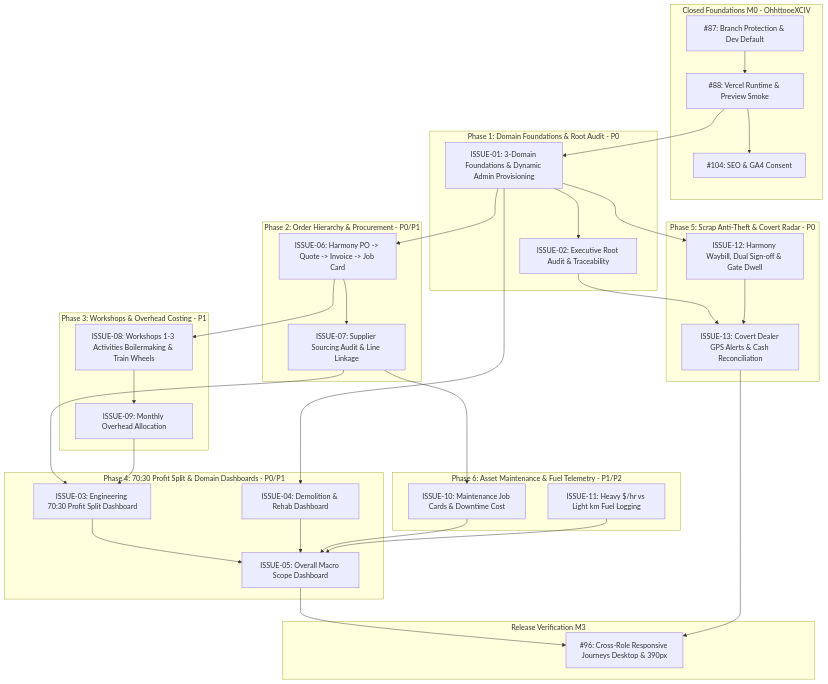
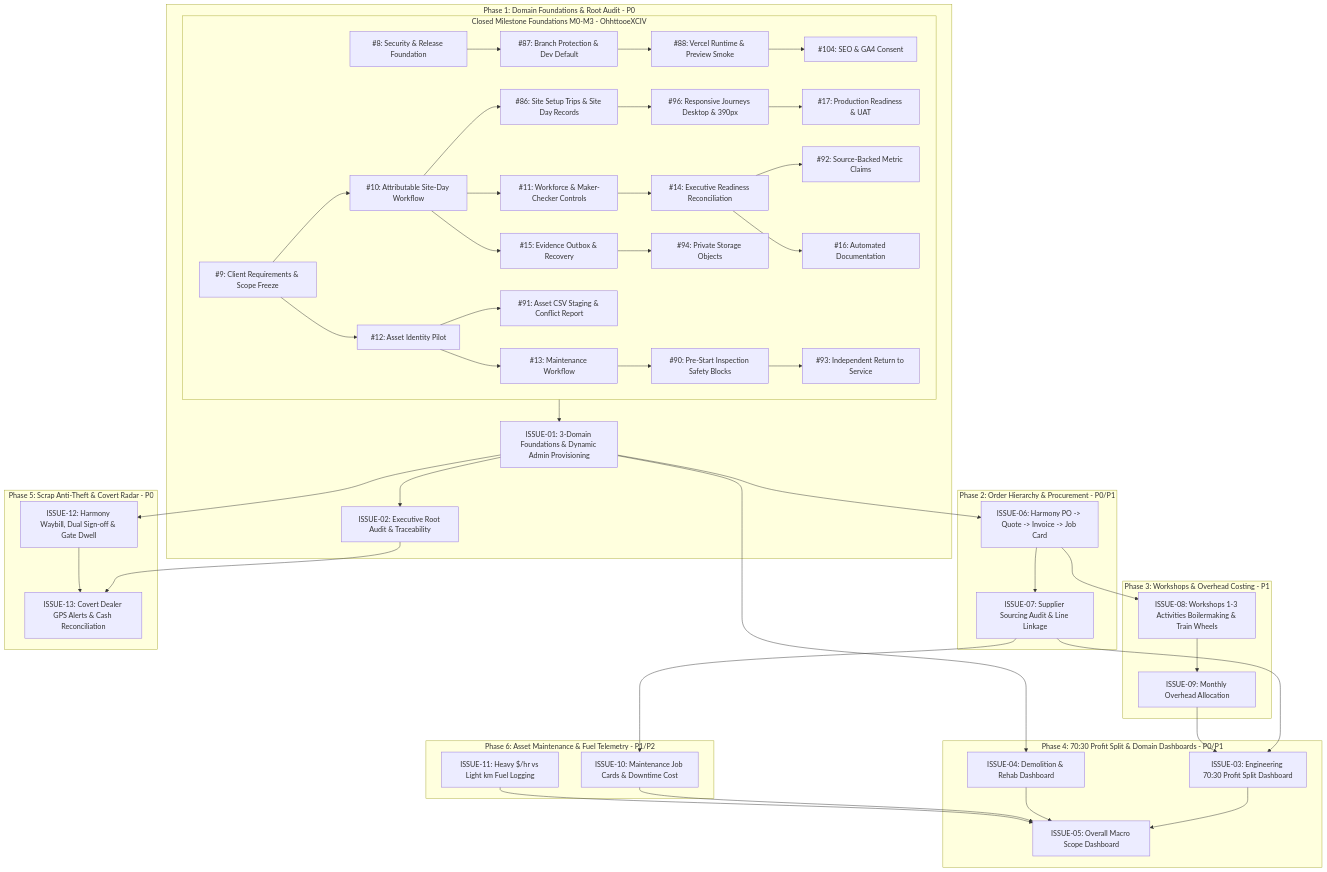
The diagram in docs/github-delivery-backlog.md (Sankofa-Digital-Studio/senatla-ops-internal-automation-solution), drawn with Mermaid before and after one commit. The commit also changed other lines of this file, not shown here.

Commit message:
docs(backlog): mark issues #9-#17, #86, #88, #90-#94, #96, #104 closed with verification evidence

````diff
--- a/docs/github-delivery-backlog.md
+++ b/docs/github-delivery-backlog.md
@@ -74,17 +83,42 @@
 ```mermaid
 flowchart TD
-    subgraph ClosedM0 [Closed Foundations M0 - OhhttooeXCIV]
+    subgraph ClosedFoundations [Closed Milestone Foundations M0-M3 - OhhttooeXCIV]
+        I08[#8: Security & Release Foundation]
         I87[#87: Branch Protection & Dev Default]
         I88[#88: Vercel Runtime & Preview Smoke]
         I104[#104: SEO & GA4 Consent]
-        I87 --> I88
-        I88 --> I104
+        I09[#9: Client Requirements & Scope Freeze]
+        I10[#10: Attributable Site-Day Workflow]
+        I86[#86: Site Setup Trips & Site Day Records]
+        I11[#11: Workforce & Maker-Checker Controls]
+        I12[#12: Asset Identity Pilot]
+        I91[#91: Asset CSV Staging & Conflict Report]
+        I13[#13: Maintenance Workflow]
+        I90[#90: Pre-Start Inspection Safety Blocks]
+        I93[#93: Independent Return to Service]
+        I14[#14: Executive Readiness Reconciliation]
+        I92[#92: Source-Backed Metric Claims]
+        I15[#15: Evidence Outbox & Recovery]
+        I94[#94: Private Storage Objects]
+        I16[#16: Automated Documentation]
+        I96[#96: Responsive Journeys Desktop & 390px]
+        I17[#17: Production Readiness & UAT]
+
+        I08 --> I87 --> I88 --> I104
+        I09 --> I10 --> I86
+        I10 --> I11
+        I09 --> I12 --> I91
+        I12 --> I13 --> I90 --> I93
+        I11 --> I14 --> I92
+        I10 --> I15 --> I94
+        I14 --> I16
+        I86 --> I96 --> I17
     end
 
     subgraph Phase1New [Phase 1: Domain Foundations & Root Audit - P0]
         I01[ISSUE-01: 3-Domain Foundations & Dynamic Admin Provisioning]
         I02[ISSUE-02: Executive Root Audit & Traceability]
-        I88 --> I01
+        ClosedFoundations --> I01
         I01 --> I02
     end
 
@@ -96,10 +130,10 @@
     end
 
     subgraph Phase3Workshops [Phase 3: Workshops & Overhead Costing - P1]
-        I08[ISSUE-08: Workshops 1-3 Activities Boilermaking & Train Wheels]
-        I09[ISSUE-09: Monthly Overhead Allocation]
-        I06 --> I08
-        I08 --> I09
+        I08W[ISSUE-08: Workshops 1-3 Activities Boilermaking & Train Wheels]
+        I09W[ISSUE-09: Monthly Overhead Allocation]
+        I06 --> I08W
+        I08W --> I09W
     end
 
     subgraph Phase4Dashboards [Phase 4: 70:30 Profit Split & Domain Dashboards - P0/P1]
@@ -107,31 +141,25 @@
         I04[ISSUE-04: Demolition & Rehab Dashboard]
         I05[ISSUE-05: Overall Macro Scope Dashboard]
         I07 --> I03
-        I09 --> I03
+        I09W --> I03
         I01 --> I04
         I03 --> I05
         I04 --> I05
     end
 
     subgraph Phase5Security [Phase 5: Scrap Anti-Theft & Covert Radar - P0]
-        I12[ISSUE-12: Harmony Waybill, Dual Sign-off & Gate Dwell]
-        I13[ISSUE-13: Covert Dealer GPS Alerts & Cash Reconciliation]
-        I01 --> I12
-        I02 --> I13
-        I12 --> I13
+        I12S[ISSUE-12: Harmony Waybill, Dual Sign-off & Gate Dwell]
+        I13S[ISSUE-13: Covert Dealer GPS Alerts & Cash Reconciliation]
+        I01 --> I12S
+        I02 --> I13S
+        I12S --> I13S
     end
 
     subgraph Phase6Assets [Phase 6: Asset Maintenance & Fuel Telemetry - P1/P2]
-        I10[ISSUE-10: Maintenance Job Cards & Downtime Cost]
-        I11[ISSUE-11: Heavy $/hr vs Light km Fuel Logging]
-        I07 --> I10
-        I10 --> I05
-        I11 --> I05
-    end
-
-    subgraph FinalGate [Release Verification M3]
-        I96[#96: Cross-Role Responsive Journeys Desktop & 390px]
-        I05 --> I96
-        I13 --> I96
+        I10A[ISSUE-10: Maintenance Job Cards & Downtime Cost]
+        I11A[ISSUE-11: Heavy $/hr vs Light km Fuel Logging]
+        I07 --> I10A
+        I10A --> I05
+        I11A --> I05
     end
 ```
````
